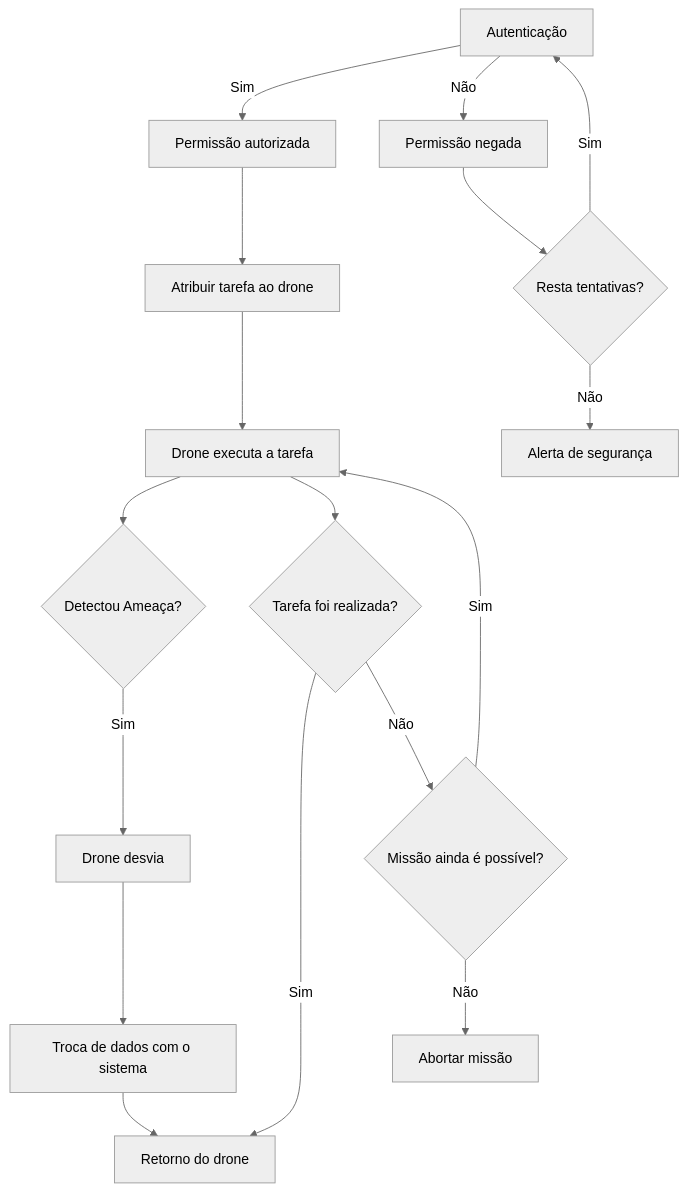
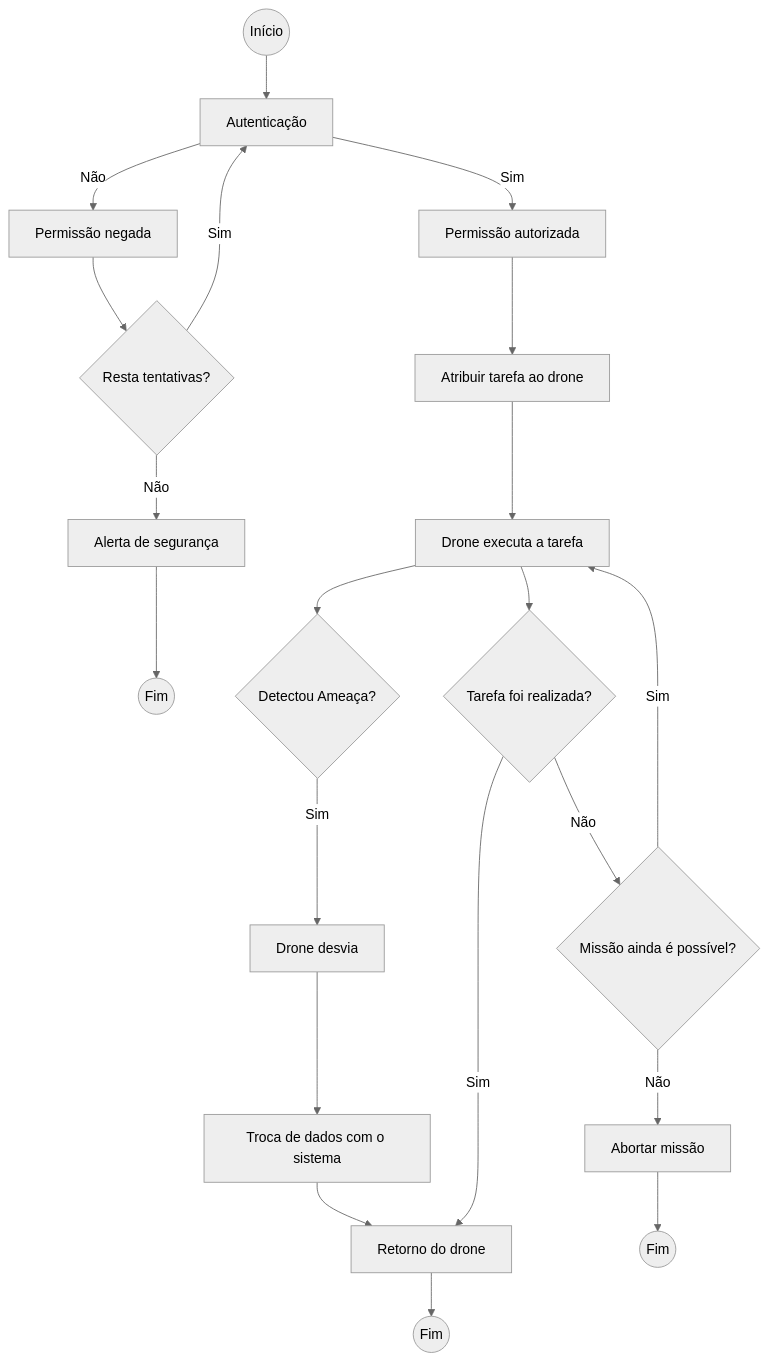
The diagram in docs/index.md (vagajuntos/Projeto-Software), drawn with Mermaid (neutral theme) before and after one commit.

Commit message:
Diagrama de atividades

`````diff
--- a/docs/index.md
+++ b/docs/index.md
@@ -220,21 +220,25 @@
 ```mermaid
 graph TD
-    A[Autenticação] -->|Sim| B[Permissão autorizada]
+    start((Início)) --> A[Autenticação]
+    A -->|Sim| B[Permissão autorizada]
     A -->|Não| C[Permissão negada]
     C --> D{Resta tentativas?}
     D -->|Sim| A
     D -->|Não| E[Alerta de segurança]
+    E --> end1((Fim))
 
     B --> F[Atribuir tarefa ao drone]
     F --> G[Drone executa a tarefa]
     G --> H{Detectou Ameaça?}
     H -->|Sim| I[Drone desvia]
     I --> J[Troca de dados com o sistema]
     J --> K[Retorno do drone]
+    K --> end2((Fim))
 
     G --> L{Tarefa foi realizada?}
     L -->|Sim| K
     L -->|Não| M{Missão ainda é possível?}
     M -->|Sim| G
     M -->|Não| N[Abortar missão]
+    N --> end3((Fim))
 ````
`````
